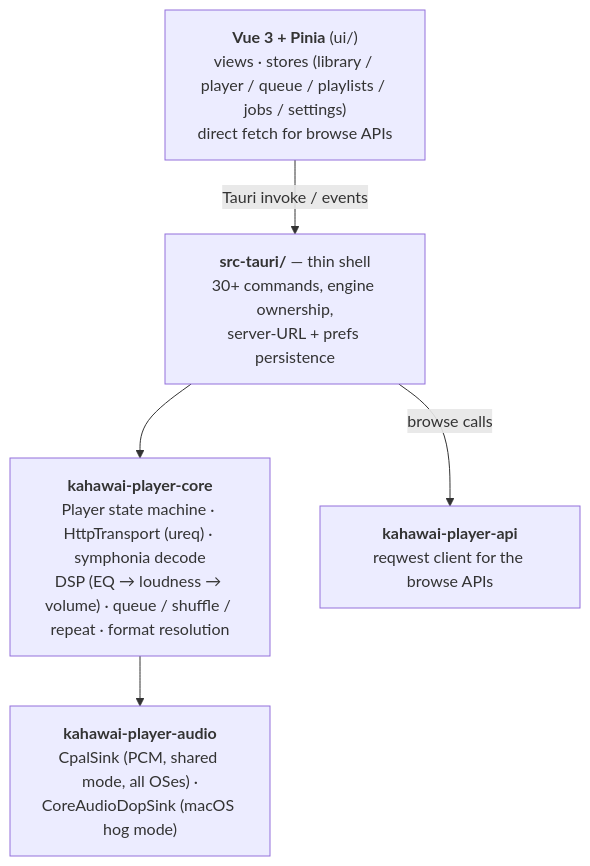
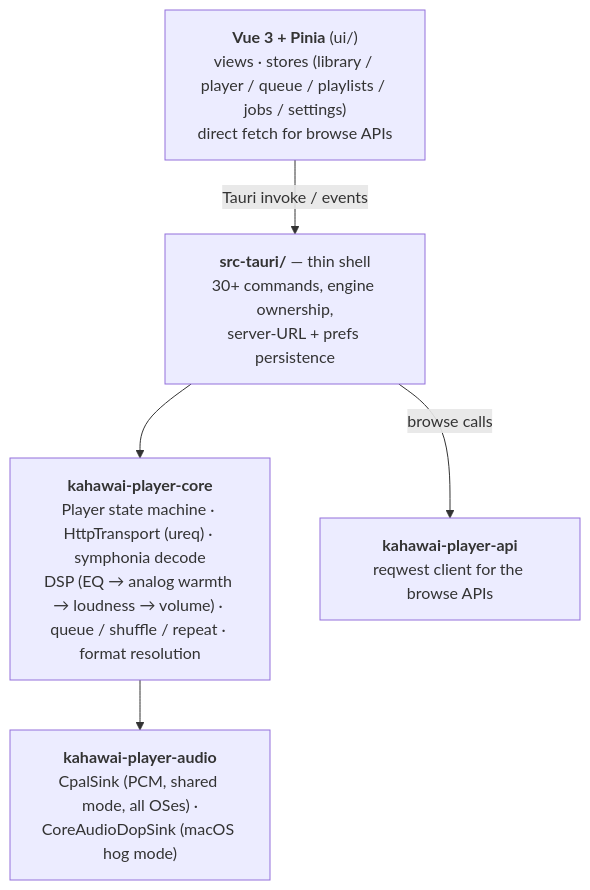
Before and after one commit to ksuayan/kahawai: the second of 2 diagrams in DESIGN.md, drawn with Mermaid. The commit also changed other lines of this file and 9 other files, not shown here.

````diff
--- a/DESIGN.md
+++ b/DESIGN.md
@@ -164,12 +164,12 @@
 ```mermaid
 flowchart TD
     ui["<b>Vue 3 + Pinia</b> (ui/)<br/>views · stores (library / player / queue / playlists / jobs / settings)<br/>direct fetch for browse APIs"]
     shell["<b>src-tauri/</b> — thin shell<br/>30+ commands, engine ownership,<br/>server-URL + prefs persistence"]
-    core["<b>kahawai-player-core</b><br/>Player state machine · HttpTransport (ureq) · symphonia decode<br/>DSP (EQ → loudness → volume) · queue / shuffle / repeat · format resolution"]
+    core["<b>kahawai-player-core</b><br/>Player state machine · HttpTransport (ureq) · symphonia decode<br/>DSP (EQ → analog warmth → loudness → volume) · queue / shuffle / repeat · format resolution"]
     api["<b>kahawai-player-api</b><br/>reqwest client for the browse APIs"]
     audio["<b>kahawai-player-audio</b><br/>CpalSink (PCM, shared mode, all OSes) ·<br/>CoreAudioDopSink (macOS hog mode)"]
     ui -->|"Tauri invoke / events"| shell
     shell --> core
     shell -->|"browse calls"| api
     core --> audio
 ```
````
